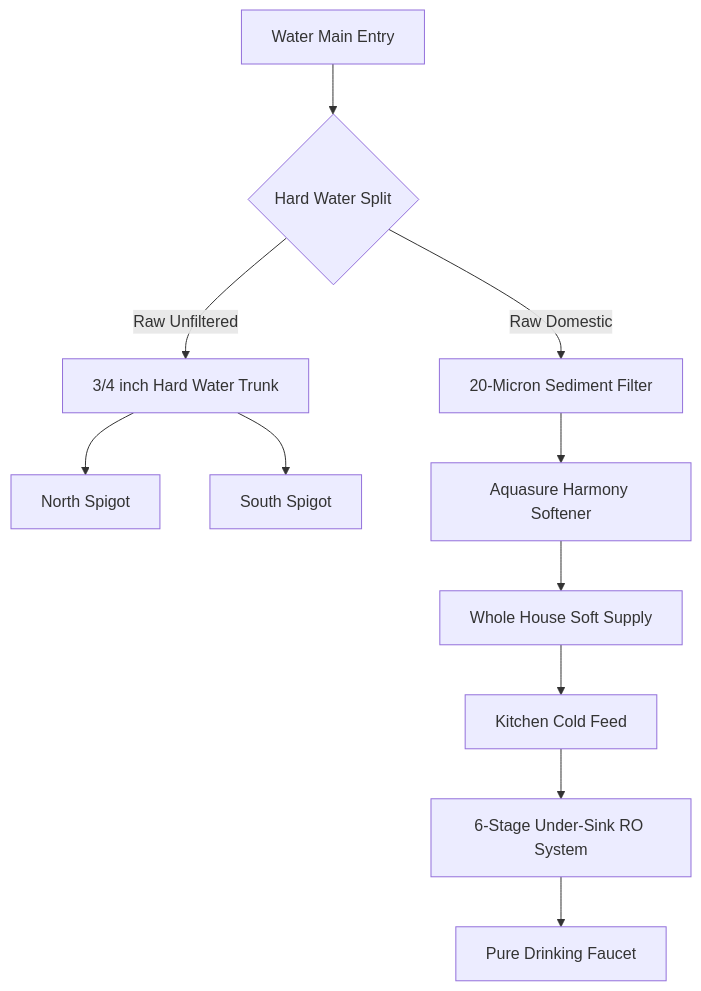
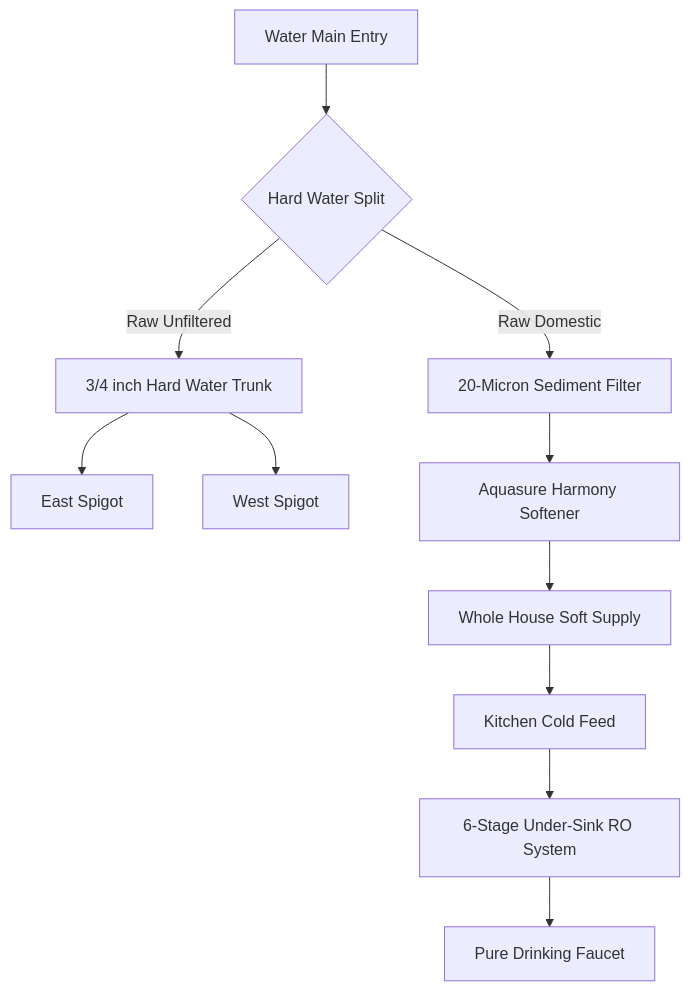
One commit to Natur3-Boy/Home-Improvement changed the first of 2 diagrams in docs/water-system.md. Above: the diagram before and after it, drawn with Mermaid. The commit also changed other lines of this file, not shown here.

````diff
--- a/docs/water-system.md
+++ b/docs/water-system.md
@@ -7,15 +7,15 @@
 ```mermaid
 graph TD 
     Main[Water Main Entry] --> TieIn{Hard Water Split} 
 
     TieIn -->|Raw Unfiltered| Trunk[3/4 inch Hard Water Trunk] 
-    Trunk --> Spigot1[North Spigot] 
-    Trunk --> Spigot2[South Spigot] 
+    Trunk --> Spigot1[East Spigot] 
+    Trunk --> Spigot2[West Spigot] 
 
     TieIn -->|Raw Domestic| PreFilter[20-Micron Sediment Filter] 
     PreFilter --> Softener[Aquasure Harmony Softener] 
     Softener --> HouseTaps[Whole House Soft Supply] 
     HouseTaps --> KitchenSink[Kitchen Cold Feed] 
     KitchenSink --> RO[6-Stage Under-Sink RO System] 
     RO --> DedicatedTap[Pure Drinking Faucet]
 ```
````
